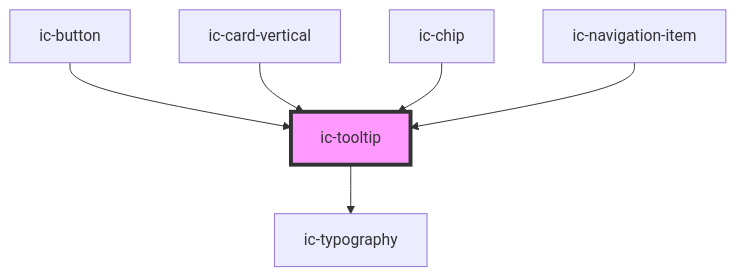
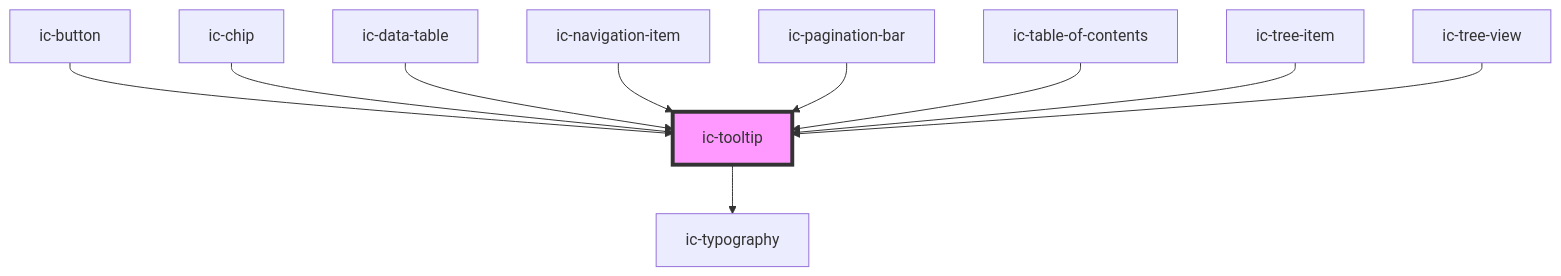
Before and after one commit to mi6/ic-ui-kit: the diagram in packages/web-components/src/components/ic-tooltip/readme.md, drawn with Mermaid. The commit also changed other lines of this file and 19 other files, not shown here.

````diff
--- a/packages/web-components/src/components/ic-tooltip/readme.md
+++ b/packages/web-components/src/components/ic-tooltip/readme.md
@@ -63,9 +67,13 @@
 ```mermaid
 graph TD;
   ic-tooltip --> ic-typography
   ic-button --> ic-tooltip
-  ic-card-vertical --> ic-tooltip
   ic-chip --> ic-tooltip
+  ic-data-table --> ic-tooltip
   ic-navigation-item --> ic-tooltip
+  ic-pagination-bar --> ic-tooltip
+  ic-table-of-contents --> ic-tooltip
+  ic-tree-item --> ic-tooltip
+  ic-tree-view --> ic-tooltip
   style ic-tooltip fill:#f9f,stroke:#333,stroke-width:4px
 ```
````
